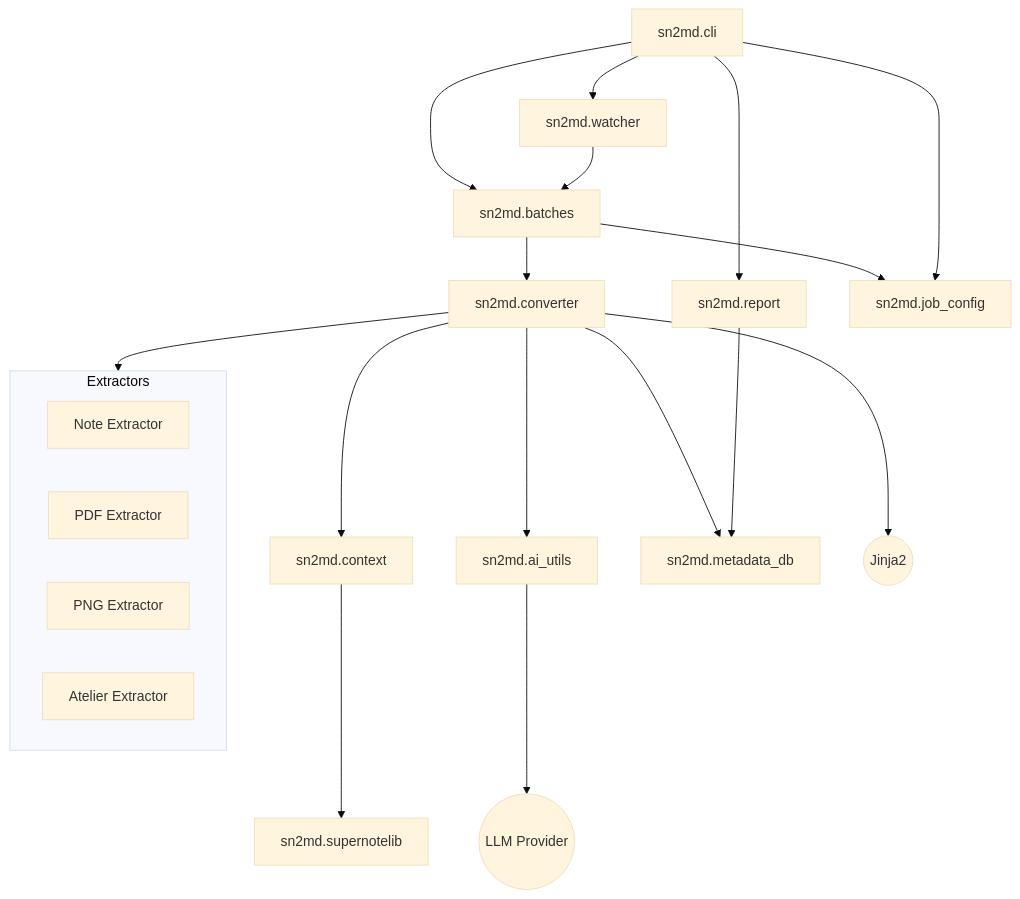
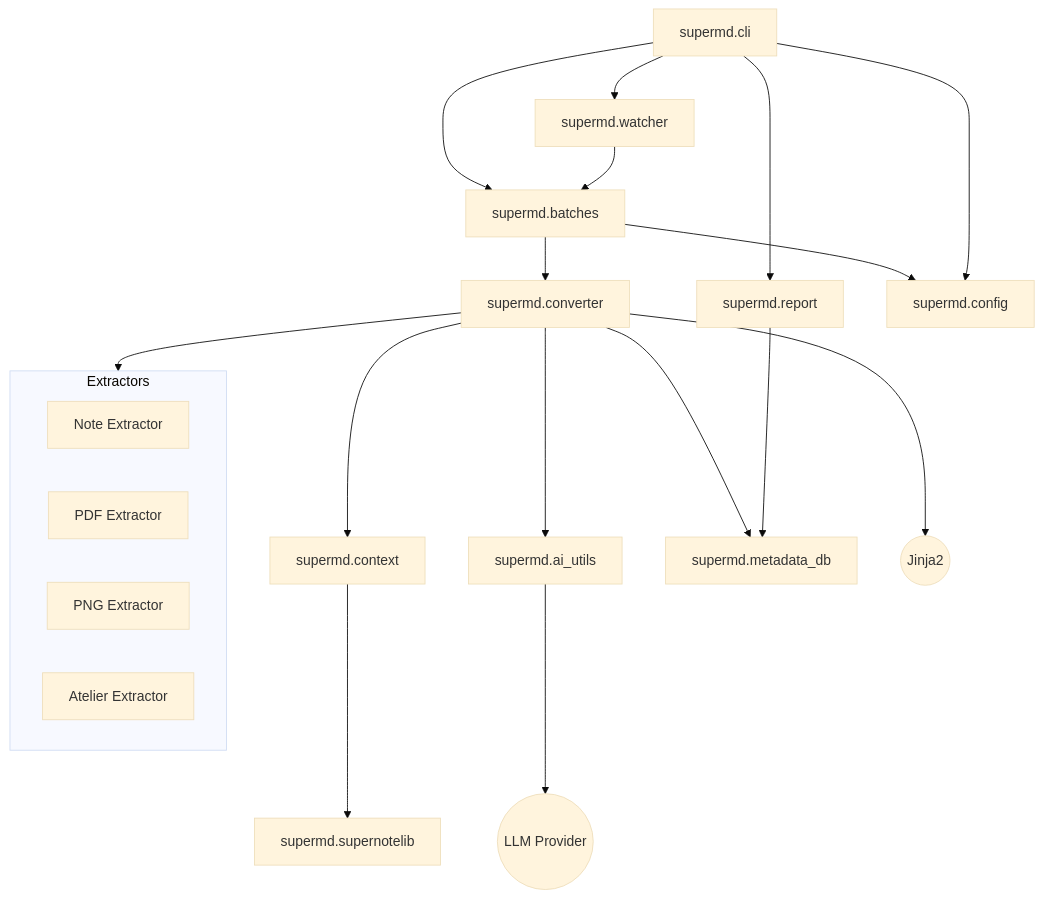
The first of 3 diagrams in ARCHITECTURE.md (rephlex00/SuperMD), drawn with Mermaid (base theme) before and after one commit. The commit also changed other lines of this file and 69 other files, not shown here.

````diff
--- a/ARCHITECTURE.md
+++ b/ARCHITECTURE.md
@@ -9,35 +9,35 @@
 ```mermaid
 graph TD
     %% Entry Points
-    CLI[sn2md.cli] --> Batches[sn2md.batches]
-    CLI --> Watcher[sn2md.watcher]
-    CLI --> Report[sn2md.report]
-    
+    CLI[supermd.cli] --> Batches[supermd.batches]
+    CLI --> Watcher[supermd.watcher]
+    CLI --> Report[supermd.report]
+
     %% Core Logic
-    Batches --> Converter[sn2md.converter]
+    Batches --> Converter[supermd.converter]
     Watcher --> Batches
-    
+
     %% Data Processing
-    Converter --> Context[sn2md.context]
+    Converter --> Context[supermd.context]
     Converter --> Extractors{Extractors}
-    Converter --> AI[sn2md.ai_utils]
-    Converter --> Metadata[sn2md.metadata_db]
-    
+    Converter --> AI[supermd.ai_utils]
+    Converter --> Metadata[supermd.metadata_db]
+
     %% Extractors
     subgraph Extractors
         NoteExt[Note Extractor]
         PDFExt[PDF Extractor]
         PNGExt[PNG Extractor]
         AtelierExt[Atelier Extractor]
     end
-    
+
     %% Supporting Modules
-    Context --> SupernoteLib[sn2md.supernotelib]
+    Context --> SupernoteLib[supermd.supernotelib]
     Report --> Metadata
-    Batches --> JobConfig[sn2md.job_config]
-    CLI --> JobConfig
-    
+    Batches --> Config[supermd.config]
+    CLI --> Config
+
     %% External
     AI --> LLM((LLM Provider))
     Converter --> Template((Jinja2))
 ```
````
